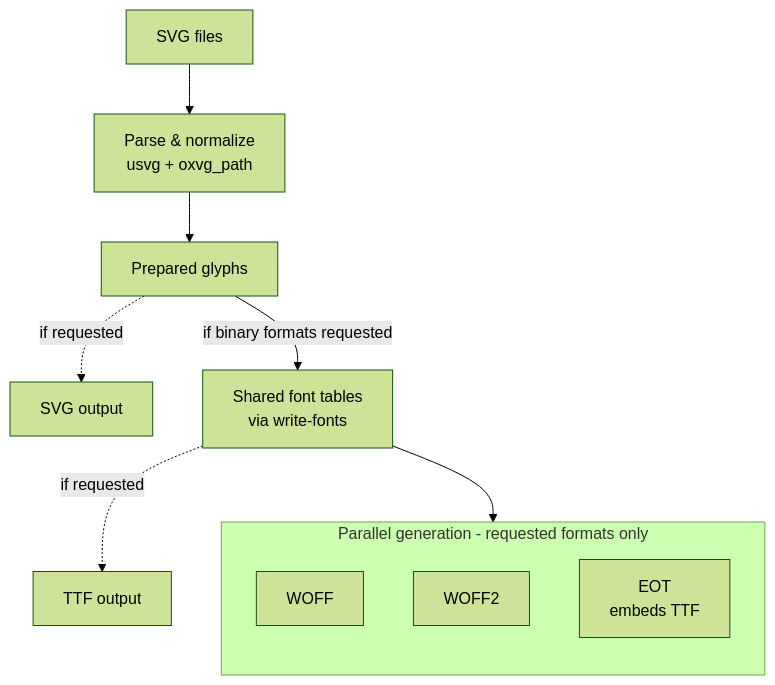
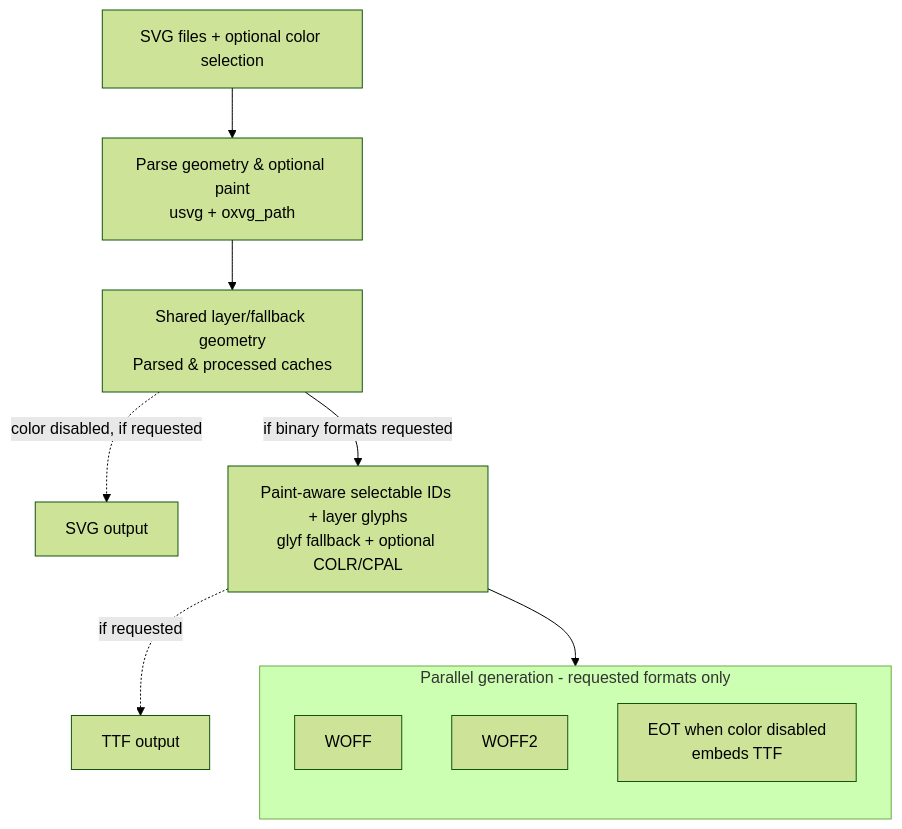
One commit to atlowChemi/vite-svg-2-webfont changed the first of 2 diagrams in packages/docs/webfont-generator/index.md. Above: the diagram before and after it, drawn with Mermaid (forest theme). The commit also changed other lines of this file and 25 other files, not shown here.

````diff
--- a/packages/docs/webfont-generator/index.md
+++ b/packages/docs/webfont-generator/index.md
@@ -52,15 +52,15 @@
 ```mermaid
 flowchart TD
-    A[SVG files] --> B[Parse &amp; normalize<br/>usvg + oxvg_path]
-    B --> C[Prepared glyphs]
-    C -.->|if requested| D[SVG output]
-    C -->|if binary formats requested| E[Shared font tables<br/>via write-fonts]
+    A[SVG files + optional color selection] --> B[Parse geometry &amp; optional paint<br/>usvg + oxvg_path]
+    B --> C[Shared layer/fallback geometry<br/>Parsed &amp; processed caches]
+    C -.->|color disabled, if requested| D[SVG output]
+    C -->|if binary formats requested| E[Paint-aware selectable IDs + layer glyphs<br/>glyf fallback + optional COLR/CPAL]
     E -.->|if requested| T[TTF output]
     E --> P
     subgraph P[Parallel generation - requested formats only]
         direction TD
         F[WOFF]
         G[WOFF2]
-        H[EOT<br/>embeds TTF]
+        H[EOT when color disabled<br/>embeds TTF]
     end
 ```
````
